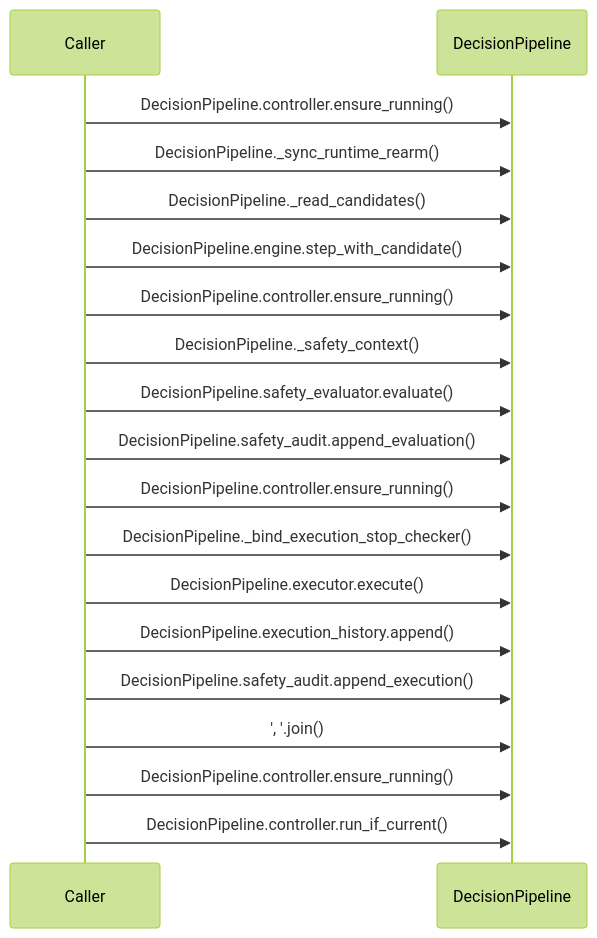
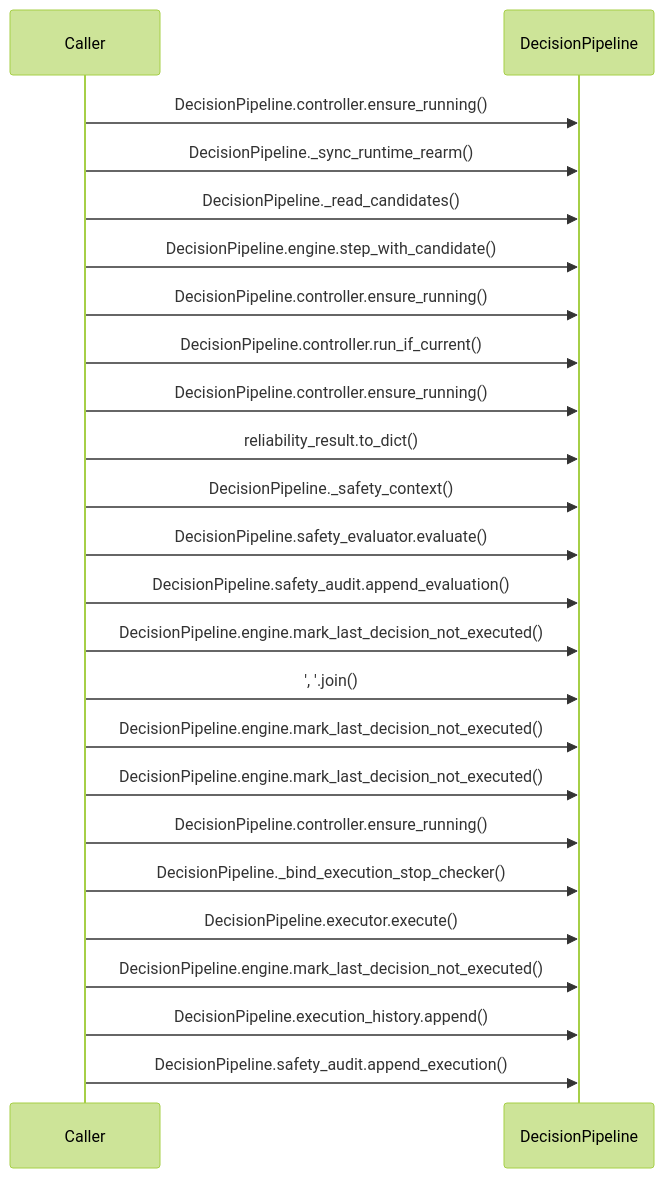
Before and after one commit to tomiya7688/AI_game_player: the diagram in doc/sequence_diagram.mmd, drawn with Mermaid (forest theme). The commit also changed 23 other files, not shown here.

First line of the commit message:
[Reliability] Implement deterministic Decision Verifier (#43)

```diff
--- a/doc/sequence_diagram.mmd
+++ b/doc/sequence_diagram.mmd
@@ -1,19 +1,24 @@
 sequenceDiagram
     participant caller as Caller
     participant target as DecisionPipeline
     caller->>target: DecisionPipeline.controller.ensure_running()
     caller->>target: DecisionPipeline._sync_runtime_rearm()
     caller->>target: DecisionPipeline._read_candidates()
     caller->>target: DecisionPipeline.engine.step_with_candidate()
     caller->>target: DecisionPipeline.controller.ensure_running()
+    caller->>target: DecisionPipeline.controller.run_if_current()
+    caller->>target: DecisionPipeline.controller.ensure_running()
+    caller->>target: reliability_result.to_dict()
     caller->>target: DecisionPipeline._safety_context()
     caller->>target: DecisionPipeline.safety_evaluator.evaluate()
     caller->>target: DecisionPipeline.safety_audit.append_evaluation()
+    caller->>target: DecisionPipeline.engine.mark_last_decision_not_executed()
+    caller->>target: ', '.join()
+    caller->>target: DecisionPipeline.engine.mark_last_decision_not_executed()
+    caller->>target: DecisionPipeline.engine.mark_last_decision_not_executed()
     caller->>target: DecisionPipeline.controller.ensure_running()
     caller->>target: DecisionPipeline._bind_execution_stop_checker()
     caller->>target: DecisionPipeline.executor.execute()
+    caller->>target: DecisionPipeline.engine.mark_last_decision_not_executed()
     caller->>target: DecisionPipeline.execution_history.append()
     caller->>target: DecisionPipeline.safety_audit.append_execution()
-    caller->>target: ', '.join()
-    caller->>target: DecisionPipeline.controller.ensure_running()
-    caller->>target: DecisionPipeline.controller.run_if_current()
```
